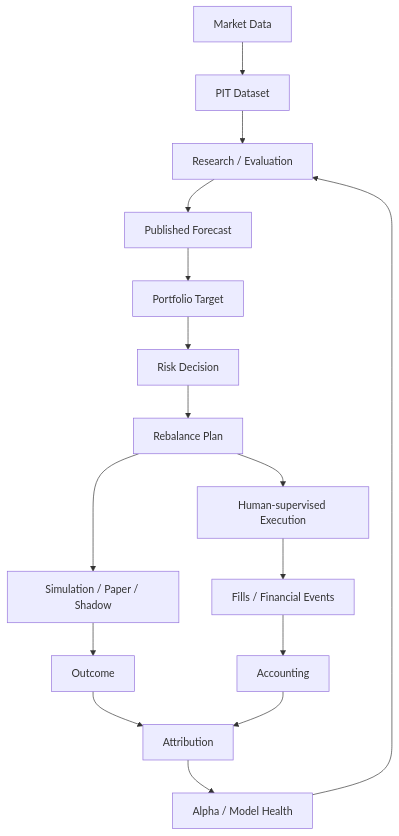
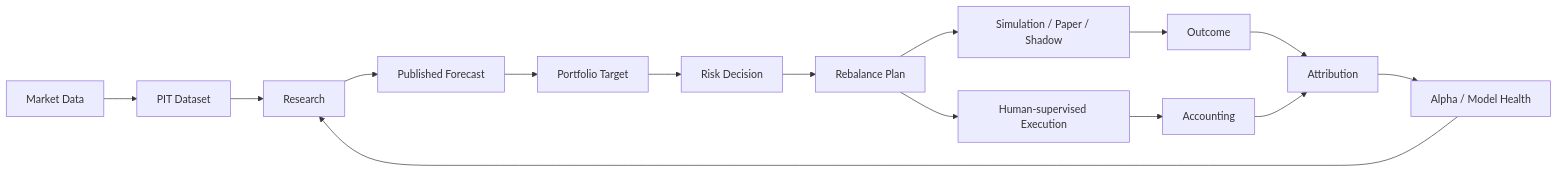
Before and after one commit to imReese/Karkinos: the diagram in README.md, drawn with Mermaid. The commit also changed other lines of this file, not shown here.

````diff
--- a/README.md
+++ b/README.md
@@ -33,18 +31,13 @@
 ```mermaid
-flowchart TD
-    A[Market Data] --> B[PIT Dataset]
-    B --> C[Research / Evaluation]
-    C --> D[Published Forecast]
-    D --> E[Portfolio Target]
-    E --> F[Risk Decision]
-    F --> G[Rebalance Plan]
+flowchart LR
+    A[Market Data] --> B[PIT Dataset] --> C[Research]
+    C --> D[Published Forecast] --> E[Portfolio Target]
+    E --> F[Risk Decision] --> G[Rebalance Plan]
     G --> H[Simulation / Paper / Shadow]
     G --> I[Human-supervised Execution]
     H --> J[Outcome]
-    I --> K[Fills / Financial Events]
-    K --> L[Accounting]
-    J --> M[Attribution]
-    L --> M
-    M --> N[Alpha / Model Health]
-    N --> C
+    I --> K[Accounting]
+    J --> L[Attribution]
+    K --> L
+    L --> M[Alpha / Model Health] --> C
 ```
````
